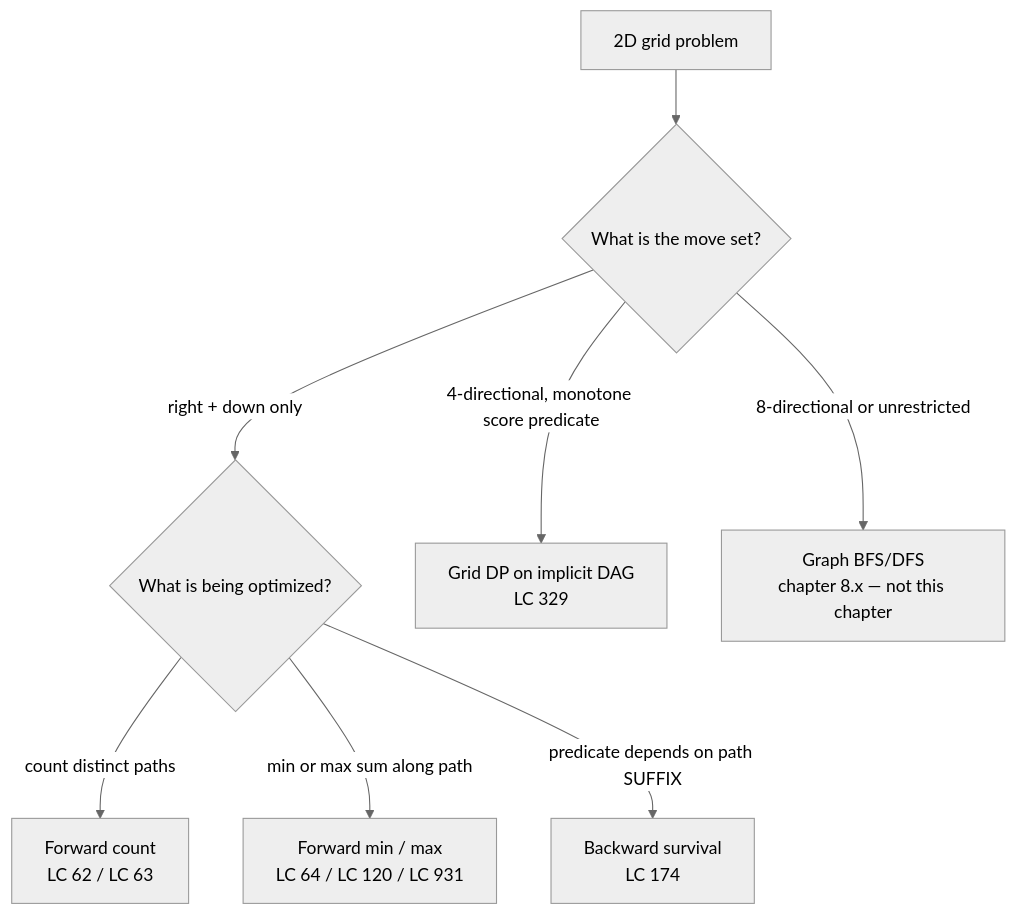
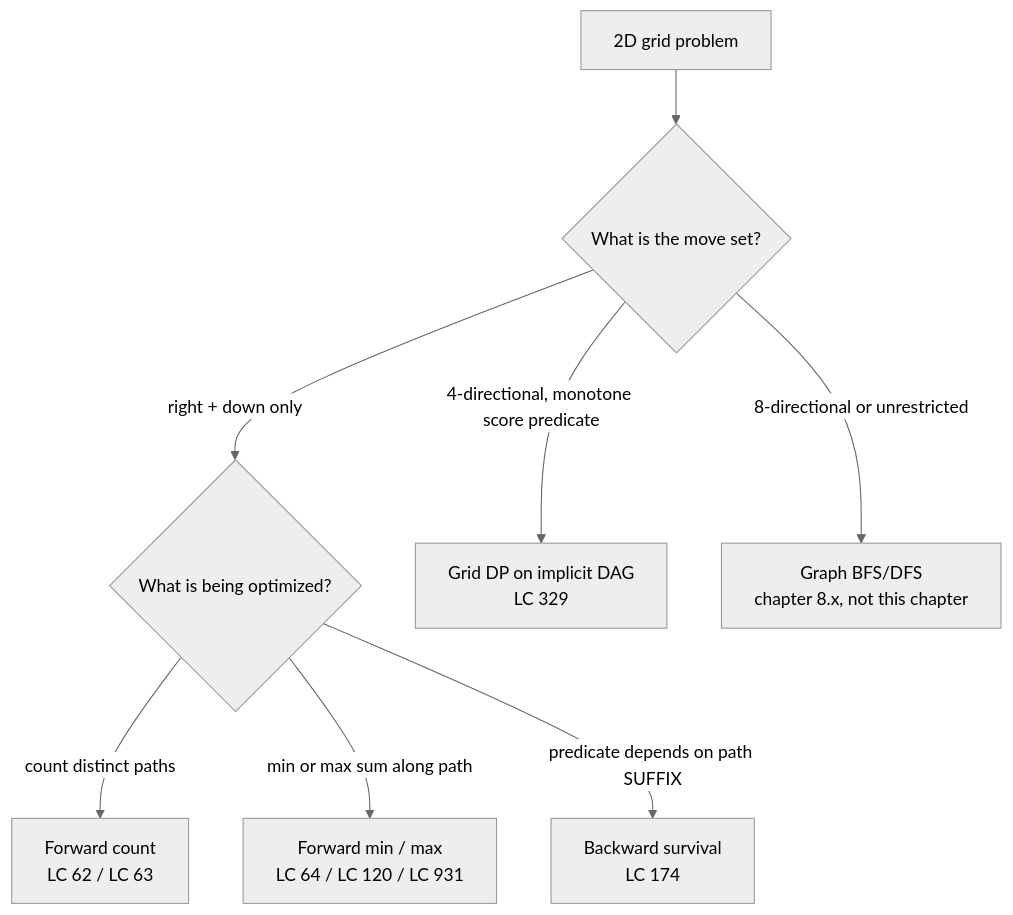
One commit to Ridzzz0Alam/engineering-path changed the first of 4 diagrams in src/data/handbooks/dsa/part-9-dynamic-programming/12-grid-dp.md. Above: the diagram before and after it, drawn with Mermaid (neutral theme). The commit also changed other lines of this file and 283 other files, not shown here.

````diff
--- a/src/data/handbooks/dsa/part-9-dynamic-programming/12-grid-dp.md
+++ b/src/data/handbooks/dsa/part-9-dynamic-programming/12-grid-dp.md
@@ -32,10 +32,10 @@
 ```mermaid
 flowchart TD
     A[2D grid problem] --> B{What is the move set?}
     B -- "right + down only" --> C{What is being optimized?}
     B -- "4-directional, monotone score predicate" --> D[Grid DP on implicit DAG<br/>LC 329]
-    B -- "8-directional or unrestricted" --> E[Graph BFS/DFS<br/>chapter 8.x — not this chapter]
+    B -- "8-directional or unrestricted" --> E[Graph BFS/DFS<br/>chapter 8.x, not this chapter]
     C -- "count distinct paths" --> F[Forward count<br/>LC 62 / LC 63]
     C -- "min or max sum along path" --> G[Forward min / max<br/>LC 64 / LC 120 / LC 931]
     C -- "predicate depends on path SUFFIX" --> H[Backward survival<br/>LC 174]
 ```
````
